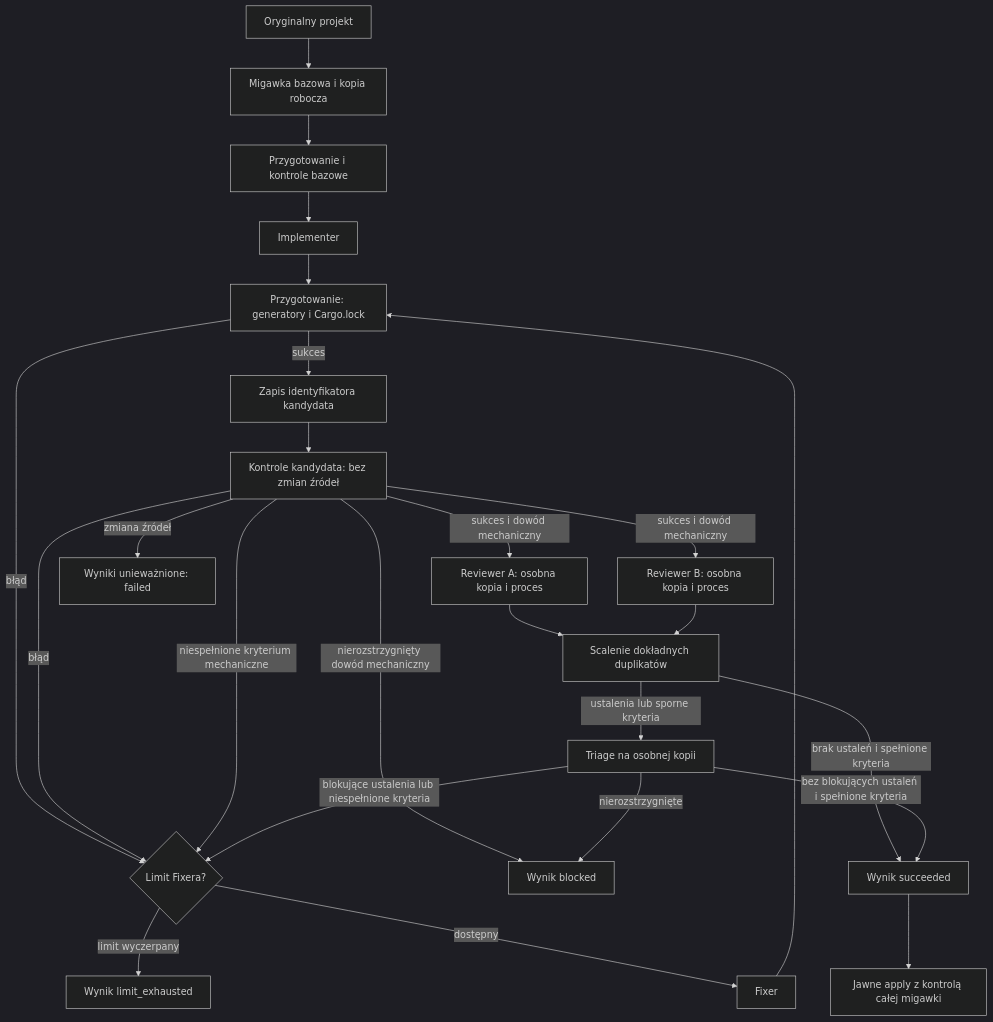
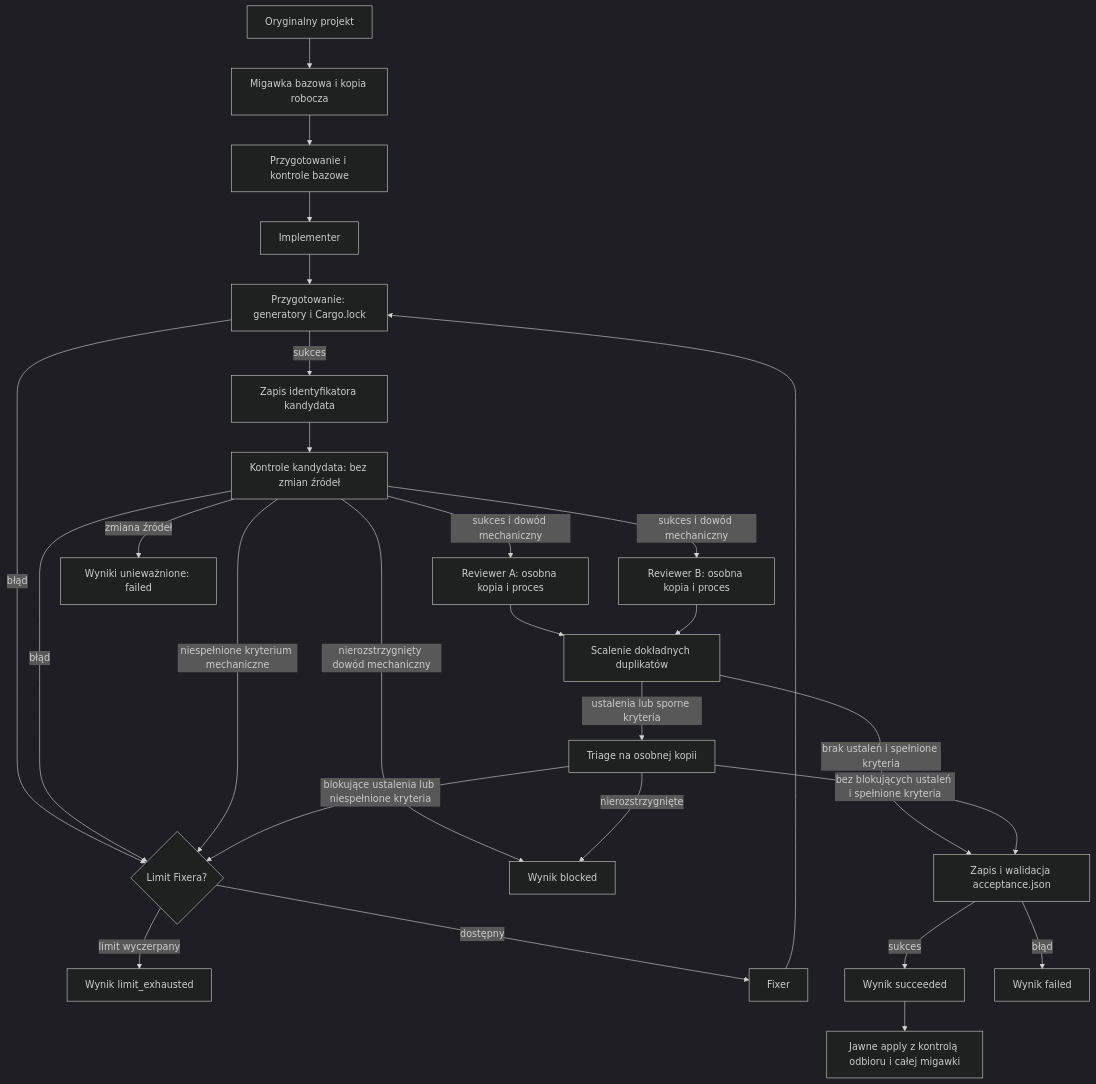
Before and after one commit to rtmachines/bb-rust-workflow: the diagram in docs/architecture.md, drawn with Mermaid (dark theme). The commit also changed other lines of this file and 5 other files, not shown here.

````diff
--- a/docs/architecture.md
+++ b/docs/architecture.md
@@ -7,27 +7,29 @@
 ```mermaid
 flowchart TD
     A[Oryginalny projekt] --> B[Migawka bazowa i kopia robocza]
     B --> C[Przygotowanie i kontrole bazowe]
     C --> D[Implementer]
     D --> Q[Przygotowanie: generatory i Cargo.lock]
     Q -->|sukces| G[Zapis identyfikatora kandydata]
     Q -->|błąd| F
     G --> E[Kontrole kandydata: bez zmian źródeł]
     E -->|błąd| F{Limit Fixera?}
     E -->|sukces i dowód mechaniczny| H[Reviewer A: osobna kopia i proces]
     E -->|sukces i dowód mechaniczny| I[Reviewer B: osobna kopia i proces]
     E -->|niespełnione kryterium mechaniczne| F
     E -->|nierozstrzygnięty dowód mechaniczny| M
     E -->|zmiana źródeł| R[Wyniki unieważnione: failed]
     H --> J[Scalenie dokładnych duplikatów]
     I --> J
     J -->|ustalenia lub sporne kryteria| K[Triage na osobnej kopii]
-    J -->|brak ustaleń i spełnione kryteria| L[Wynik succeeded]
+    J -->|brak ustaleń i spełnione kryteria| S[Zapis i walidacja acceptance.json]
     K -->|nierozstrzygnięte| M[Wynik blocked]
     K -->|blokujące ustalenia lub niespełnione kryteria| F
-    K -->|bez blokujących ustaleń i spełnione kryteria| L
+    K -->|bez blokujących ustaleń i spełnione kryteria| S
     F -->|limit wyczerpany| N[Wynik limit_exhausted]
     F -->|dostępny| O[Fixer]
     O --> Q
-    L --> P[Jawne apply z kontrolą całej migawki]
+    S -->|sukces| L[Wynik succeeded]
+    S -->|błąd| T[Wynik failed]
+    L --> P[Jawne apply z kontrolą odbioru i całej migawki]
 ```
````
